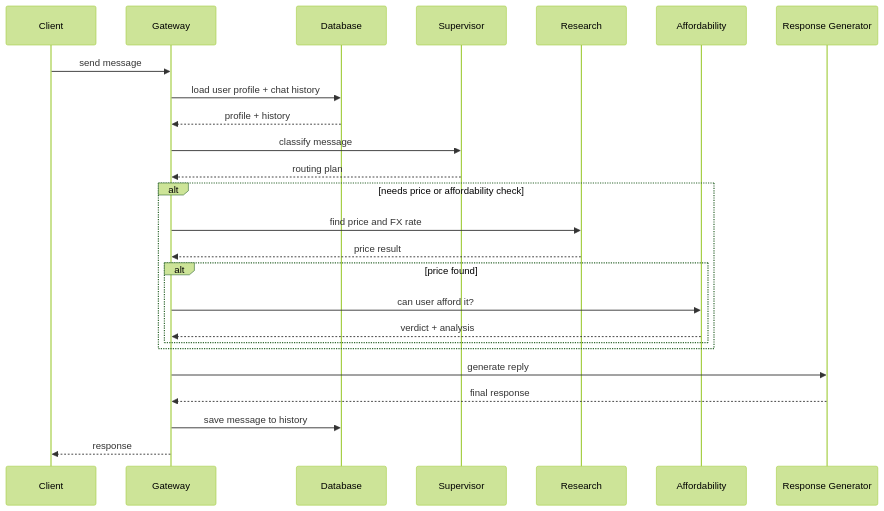
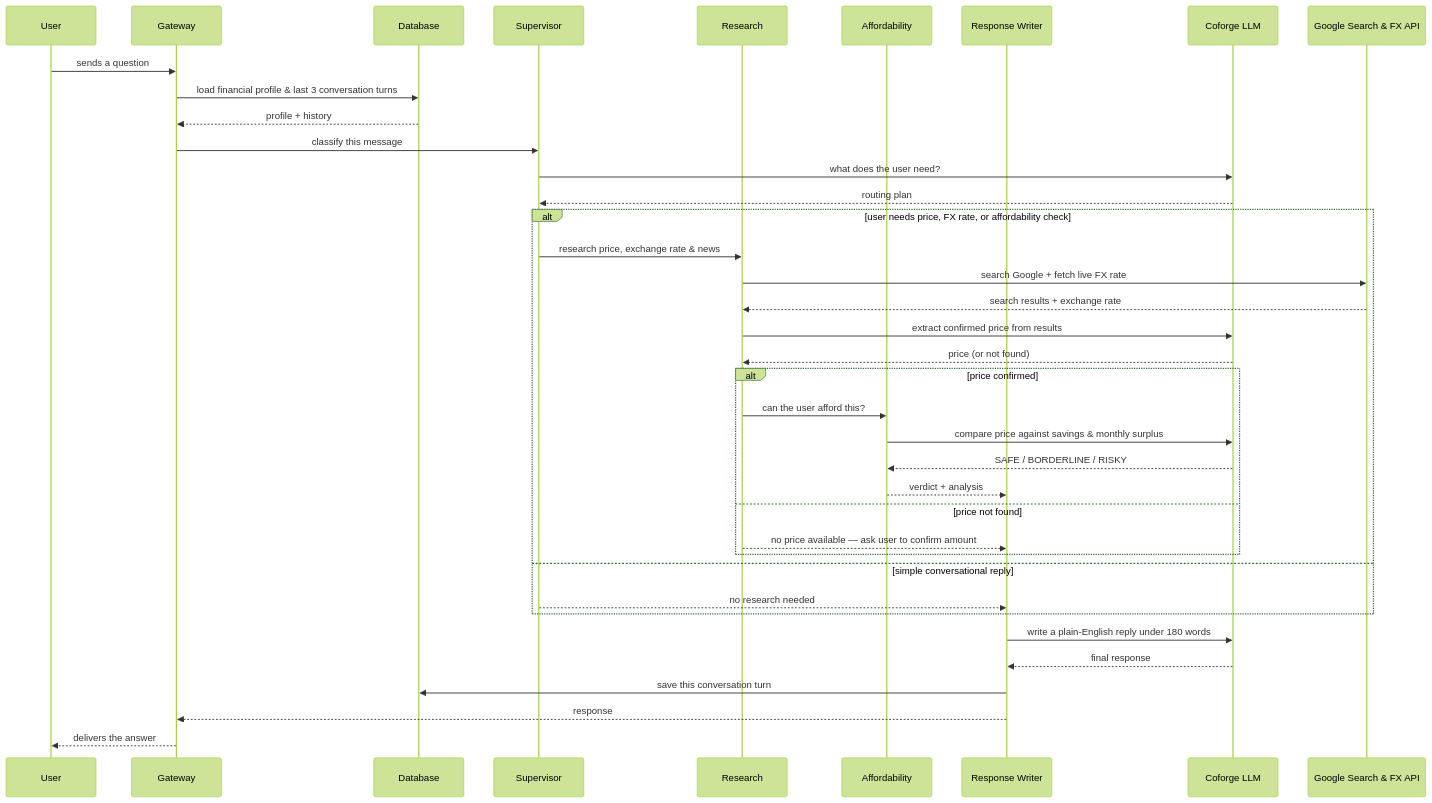
One commit to ravi1soni-hue/coforge_fin_ai_banking changed the diagram in docs/LLD.md. Above: the diagram before and after it, drawn with Mermaid (forest theme). The commit also changed other lines of this file and 13 other files, not shown here.

````diff
--- a/docs/LLD.md
+++ b/docs/LLD.md
@@ -1,33 +3,47 @@
 ```mermaid
 sequenceDiagram
-    participant C as Client
-    participant WS as Gateway
+    participant U as User
+    participant GW as Gateway
     participant DB as Database
     participant SUP as Supervisor
     participant RES as Research
     participant AFF as Affordability
-    participant SYN as Response Generator
+    participant SYN as Response Writer
+    participant LLM as Coforge LLM
+    participant EXT as Google Search & FX API
 
-    C->>WS: send message
-    WS->>DB: load user profile + chat history
-    DB-->>WS: profile + history
+    U->>GW: sends a question
+    GW->>DB: load financial profile & last 3 conversation turns
+    DB-->>GW: profile + history
 
-    WS->>SUP: classify message
-    SUP-->>WS: routing plan
+    GW->>SUP: classify this message
+    SUP->>LLM: what does the user need?
+    LLM-->>SUP: routing plan
 
-    alt needs price or affordability check
-        WS->>RES: find price and FX rate
-        RES-->>WS: price result
+    alt user needs price, FX rate, or affordability check
+        SUP->>RES: research price, exchange rate & news
+        RES->>EXT: search Google + fetch live FX rate
+        EXT-->>RES: search results + exchange rate
+        RES->>LLM: extract confirmed price from results
+        LLM-->>RES: price (or not found)
 
-        alt price found
-            WS->>AFF: can user afford it?
-            AFF-->>WS: verdict + analysis
+        alt price confirmed
+            RES->>AFF: can the user afford this?
+            AFF->>LLM: compare price against savings & monthly surplus
+            LLM-->>AFF: SAFE / BORDERLINE / RISKY
+            AFF-->>SYN: verdict + analysis
+        else price not found
+            RES-->>SYN: no price available — ask user to confirm amount
         end
+
+    else simple conversational reply
+        SUP-->>SYN: no research needed
     end
 
-    WS->>SYN: generate reply
-    SYN-->>WS: final response
+    SYN->>LLM: write a plain-English reply under 180 words
+    LLM-->>SYN: final response
 
-    WS->>DB: save message to history
-    WS-->>C: response
+    SYN->>DB: save this conversation turn
+    SYN-->>GW: response
+    GW-->>U: delivers the answer
 ```
````
